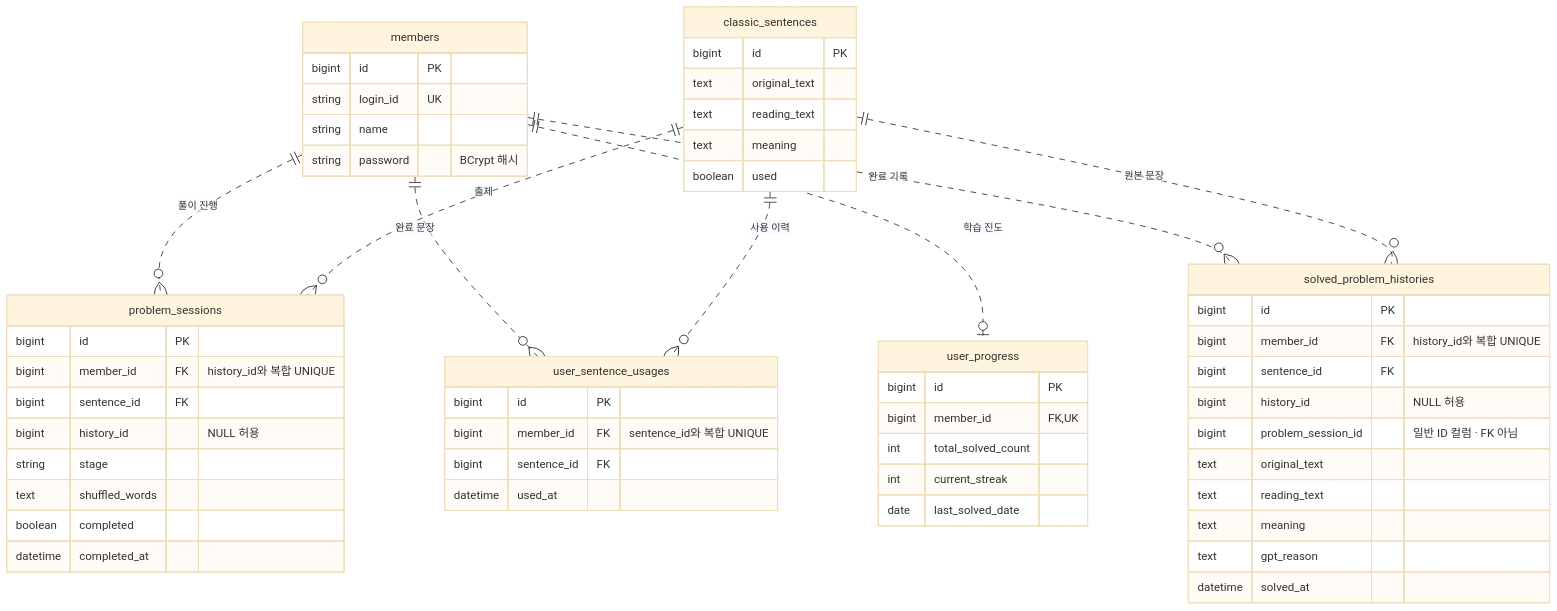
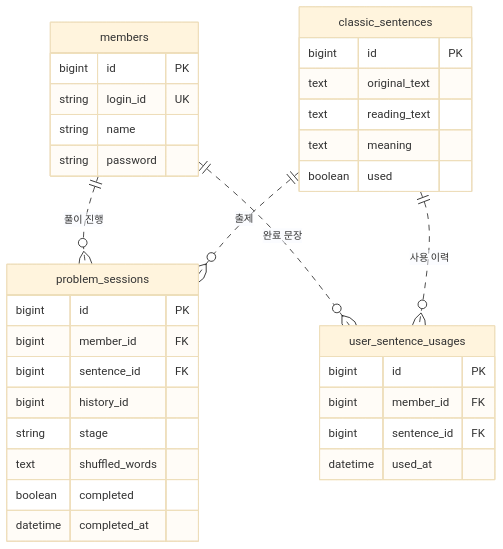
One commit to ParkChanWoo0321/Seonbi-Typing changed the second of 3 diagrams in README.md. Above: the diagram before and after it, drawn with Mermaid (base theme). The commit also changed other lines of this file, not shown here.

Commit message:
README 다이어그램 배치와 가독성 개선

````diff
--- a/README.md
+++ b/README.md
@@ -103,59 +107,37 @@
 ```mermaid
 erDiagram
     members ||..o{ problem_sessions : "풀이 진행"
     members ||..o{ user_sentence_usages : "완료 문장"
-    members ||..o| user_progress : "학습 진도"
-    members ||..o{ solved_problem_histories : "완료 기록"
     classic_sentences ||..o{ problem_sessions : "출제"
     classic_sentences ||..o{ user_sentence_usages : "사용 이력"
-    classic_sentences ||..o{ solved_problem_histories : "원본 문장"
 
     members {
         bigint id PK
         string login_id UK
         string name
-        string password "BCrypt 해시"
+        string password
     }
     classic_sentences {
         bigint id PK
         text original_text
         text reading_text
         text meaning
         boolean used
     }
     problem_sessions {
         bigint id PK
-        bigint member_id FK "history_id와 복합 UNIQUE"
+        bigint member_id FK
         bigint sentence_id FK
-        bigint history_id "NULL 허용"
+        bigint history_id
         string stage
         text shuffled_words
         boolean completed
         datetime completed_at
     }
     user_sentence_usages {
         bigint id PK
-        bigint member_id FK "sentence_id와 복합 UNIQUE"
+        bigint member_id FK
         bigint sentence_id FK
         datetime used_at
     }
-    user_progress {
-        bigint id PK
-        bigint member_id FK, UK
-        int total_solved_count
-        int current_streak
-        date last_solved_date
-    }
-    solved_problem_histories {
-        bigint id PK
-        bigint member_id FK "history_id와 복합 UNIQUE"
-        bigint sentence_id FK
-        bigint history_id "NULL 허용"
-        bigint problem_session_id "일반 ID 컬럼 · FK 아님"
-        text original_text
-        text reading_text
-        text meaning
-        text gpt_reason
-        datetime solved_at
-    }
 ```
````
